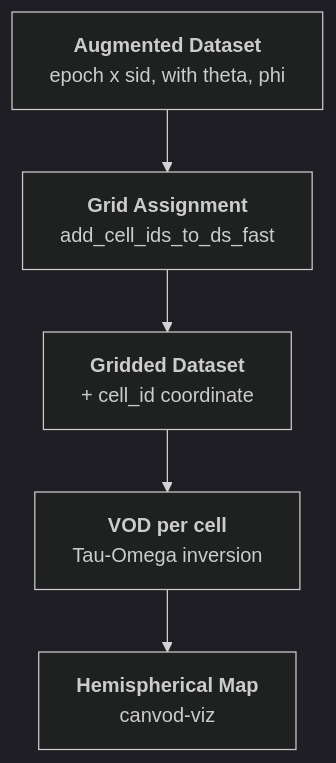
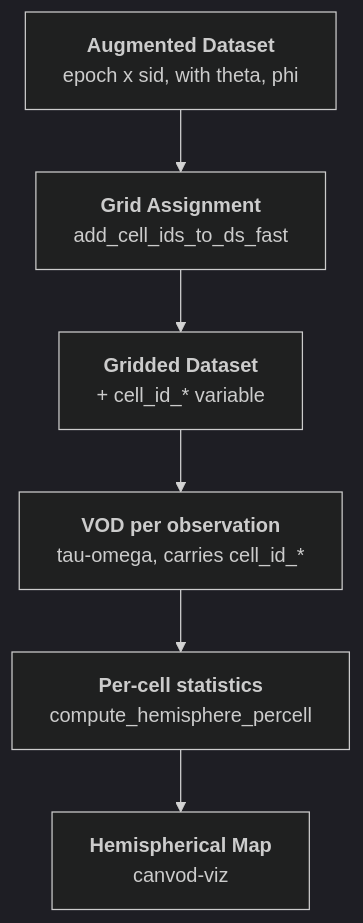
The diagram in docs/packages/grids/overview.md (nfb2021/canvodpy), drawn with Mermaid (dark theme) before and after one commit. The commit also changed other lines of this file and 6 other files, not shown here.

````diff
--- a/docs/packages/grids/overview.md
+++ b/docs/packages/grids/overview.md
@@ -257,13 +272,15 @@
 ```mermaid
 flowchart TD
     A["`**Augmented Dataset**
     epoch x sid, with theta, phi`"]
     A --> B["`**Grid Assignment**
     add_cell_ids_to_ds_fast`"]
     B --> C["`**Gridded Dataset**
-    + cell_id coordinate`"]
-    C --> D["`**VOD per cell**
-    Tau-Omega inversion`"]
-    D --> E["`**Hemispherical Map**
+    + cell_id_* variable`"]
+    C --> D["`**VOD per observation**
+    tau-omega, carries cell_id_*`"]
+    D --> F["`**Per-cell statistics**
+    compute_hemisphere_percell`"]
+    F --> E["`**Hemispherical Map**
     canvod-viz`"]
 ```
````
